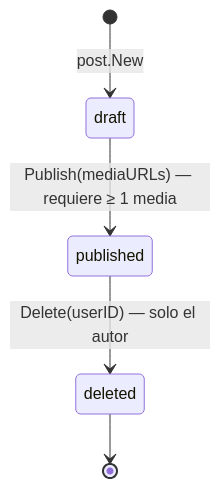
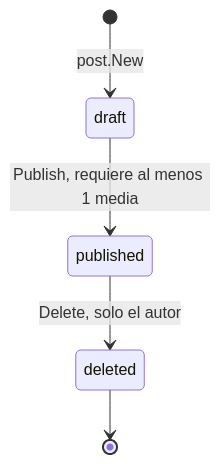
Before and after one commit to juantevez/go-feed: the second of 5 diagrams in docs/technical/CONTENT.md, drawn with Mermaid. The commit also changed other lines of this file and 1 other file, not shown here.

First line of the commit message:
docs: fix mermaid diagrams in AUTH and CONTENT

````diff
--- a/docs/technical/CONTENT.md
+++ b/docs/technical/CONTENT.md
@@ -132,7 +134,7 @@
 ```mermaid
 stateDiagram-v2
-    [*] --> draft: post.New
-    draft --> published: Publish(mediaURLs) — requiere ≥ 1 media
-    published --> deleted: Delete(userID) — solo el autor
+    [*] --> draft : post.New
+    draft --> published : Publish, requiere al menos 1 media
+    published --> deleted : Delete, solo el autor
     deleted --> [*]
 ```
````
